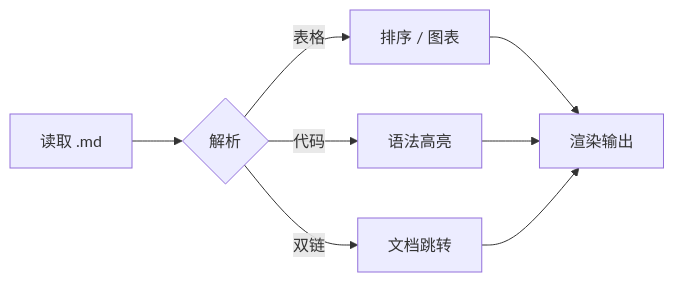
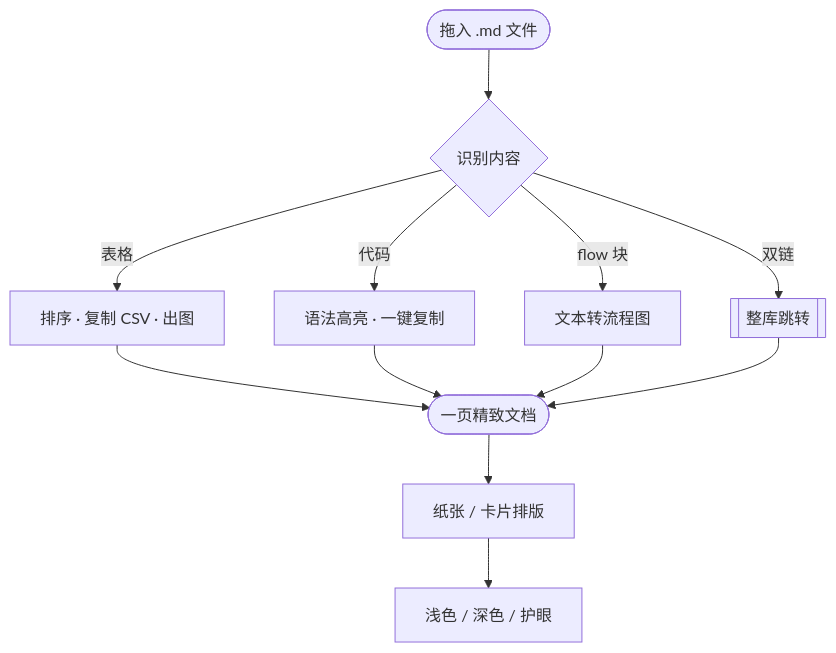
The diagram in MDReader/dist/示例文档.md (guizige-890323/mdreader-), drawn with Mermaid before and after one commit. The commit also changed other lines of this file and 872 other files, not shown here.

````diff
--- a/MDReader/dist/示例文档.md
+++ b/MDReader/dist/示例文档.md
@@ -57,10 +202,14 @@
 ```mermaid
-flowchart LR
-  A[读取 .md] --> B{解析}
-  B -->|表格| C[排序 / 图表]
-  B -->|代码| D[语法高亮]
-  B -->|双链| E[文档跳转]
-  C --> F[渲染输出]
-  D --> F
-  E --> F
+flowchart TD
+  A([拖入 .md 文件]) --> B{识别内容}
+  B -->|表格| C[排序 · 复制 CSV · 出图]
+  B -->|代码| D[语法高亮 · 一键复制]
+  B -->|flow 块| E[文本转流程图]
+  B -->|双链| F[[整库跳转]]
+  C --> G([一页精致文档])
+  D --> G
+  E --> G
+  F --> G
+  G --> H[纸张 / 卡片排版]
+  H --> I[浅色 / 深色 / 护眼]
 ```
````
